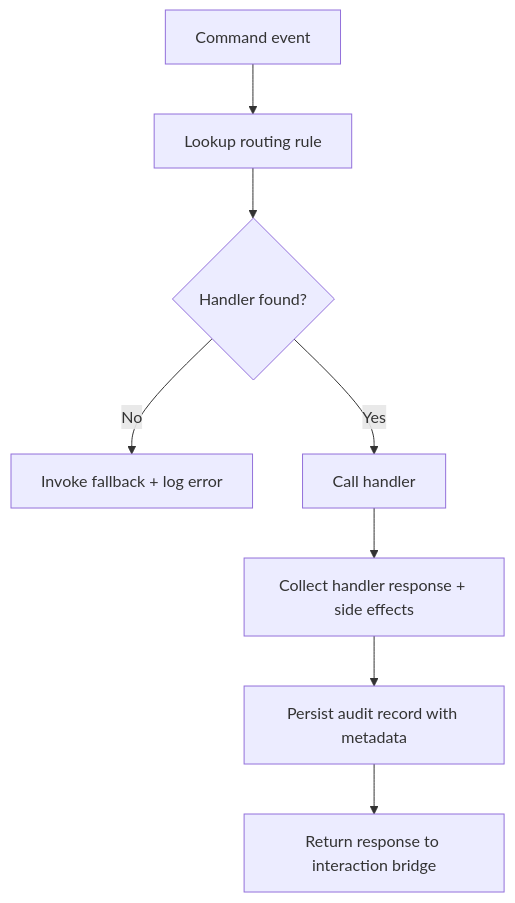
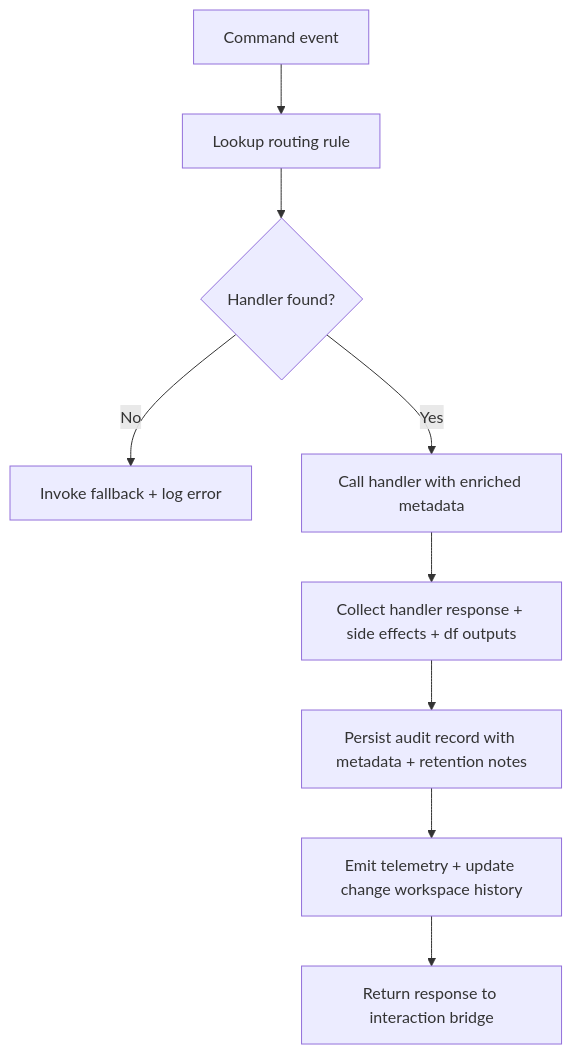
One commit to christaylor98/dynaforge.ai changed the diagram in docs/requirements/elaborations/FR-09_elaboration.md. Above: the diagram before and after it, drawn with Mermaid. The commit also changed other lines of this file and 43 other files, not shown here.

````diff
--- a/docs/requirements/elaborations/FR-09_elaboration.md
+++ b/docs/requirements/elaborations/FR-09_elaboration.md
@@ -23,10 +35,11 @@
 ```mermaid
 flowchart TD
   A[Command event] --> B[Lookup routing rule]
   B --> C{Handler found?}
   C -->|No| D[Invoke fallback + log error]
-  C -->|Yes| E[Call handler]
-  E --> F[Collect handler response + side effects]
-  F --> G[Persist audit record with metadata]
-  G --> H[Return response to interaction bridge]
+  C -->|Yes| E[Call handler with enriched metadata]
+  E --> F[Collect handler response + side effects + df outputs]
+  F --> G[Persist audit record with metadata + retention notes]
+  G --> H[Emit telemetry + update change workspace history]
+  H --> I[Return response to interaction bridge]
 ```
````
